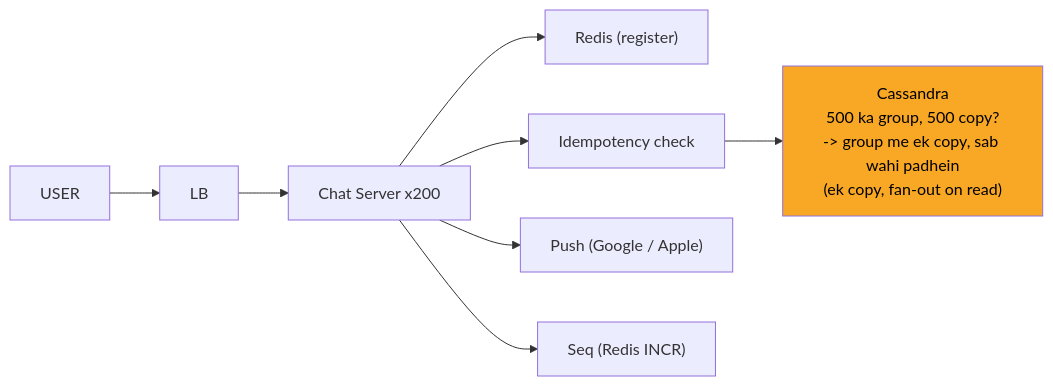
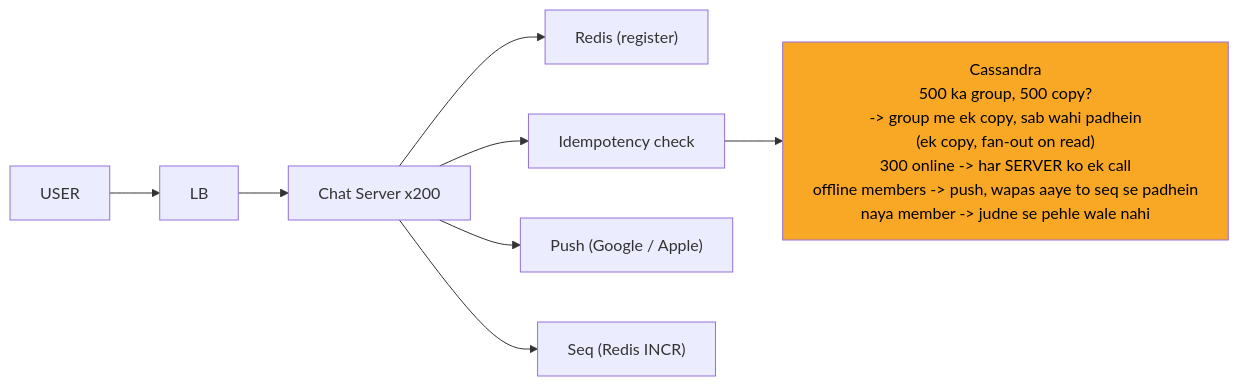
Before and after one commit to ArpanMaheshwari144/Prep: the eighth of 12 diagrams in 04_HLD/SYSTEM_DESIGNS/14_chat_messaging/14_chat_messaging.md, drawn with Mermaid. The commit also changed other lines of this file and 12 other files, not shown here.

Commit message:
hld 02-14: peele dabbe me SAFAR ke mod + diagram chauda (wrappingWidth 450)

````diff
--- a/04_HLD/SYSTEM_DESIGNS/14_chat_messaging/14_chat_messaging.md
+++ b/04_HLD/SYSTEM_DESIGNS/14_chat_messaging/14_chat_messaging.md
@@ -336,19 +343,20 @@
 ```mermaid
+%%{init: {"flowchart": {"wrappingWidth": 450}}}%%
 flowchart LR
     n_U["USER"]
     n_LB["LB"]
     n_CS["Chat Server x200"]
     n_R["Redis (register)"]
     n_I["Idempotency check"]
-    n_CA["Cassandra<br/>500 ka group, 500 copy?<br/>-> group me ek copy, sab wahi padhein<br/>(ek copy, fan-out on read)"]
+    n_CA["Cassandra<br/>500 ka group, 500 copy?<br/>-> group me ek copy, sab wahi padhein<br/>(ek copy, fan-out on read)<br/>300 online -> har SERVER ko ek call<br/>offline members -> push, wapas aaye to seq se padhein<br/>naya member -> judne se pehle wale nahi"]
     n_P["Push (Google / Apple)"]
     n_SQ["Seq (Redis INCR)"]
     n_U --> n_LB
     n_LB --> n_CS
     n_CS --> n_R
     n_CS --> n_I
     n_I --> n_CA
     n_CS --> n_P
     n_CS --> n_SQ
     style n_CA fill:#f9a825,color:#000
 ```
````
